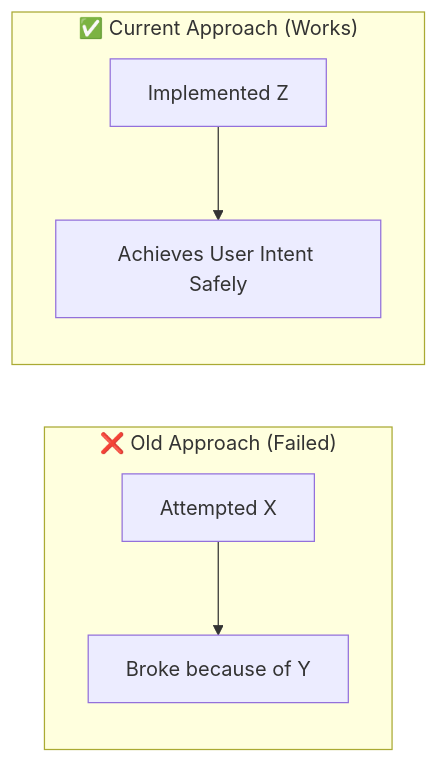
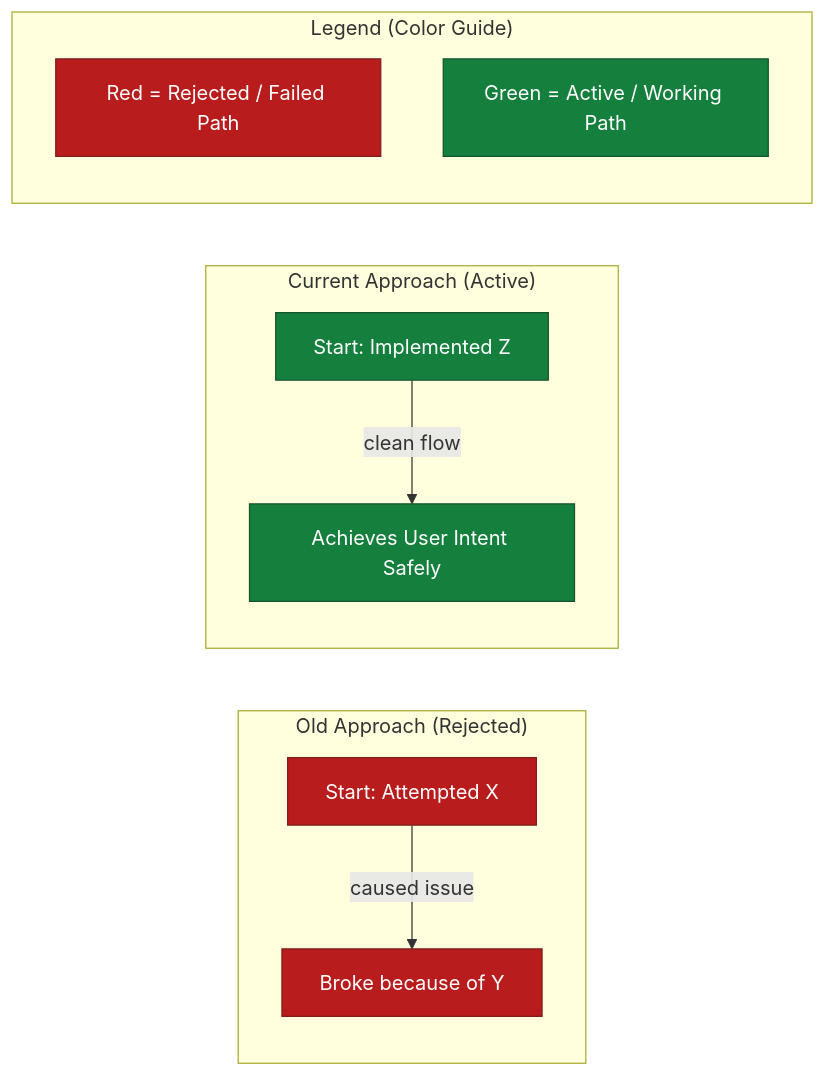
Before and after one commit to Mostakim2005/agent-templates: the diagram in DECISIONS_AND_TRAPS.md, drawn with Mermaid. The commit also changed other lines of this file and 11 other files, not shown here.

````diff
--- a/DECISIONS_AND_TRAPS.md
+++ b/DECISIONS_AND_TRAPS.md
@@ -14,10 +16,19 @@
 ```mermaid
 flowchart LR
-    subgraph Failed["❌ Old Approach (Failed)"]
-        A1[Attempted X] --> A2[Broke because of Y]
-    end
-    subgraph Active["✅ Current Approach (Works)"]
-        B1[Implemented Z] --> B2[Achieves User Intent Safely]
+    %% Color Definitions (Obsidian & GitHub compatible)
+    classDef failedNode fill:#b91c1c,stroke:#7f1d1d,color:#ffffff
+    classDef activeNode fill:#15803d,stroke:#14532d,color:#ffffff
+
+    subgraph Failed["Old Approach (Rejected)"]
+        A1[Start: Attempted X]:::failedNode -->|caused issue| A2[Broke because of Y]:::failedNode
     end
 
+    subgraph Active["Current Approach (Active)"]
+        B1[Start: Implemented Z]:::activeNode -->|clean flow| B2[Achieves User Intent Safely]:::activeNode
+    end
+
+    subgraph Legend["Legend (Color Guide)"]
+        L1[Red = Rejected / Failed Path]:::failedNode
+        L2[Green = Active / Working Path]:::activeNode
+    end
 ```
````
